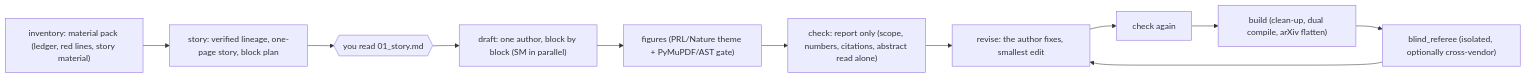
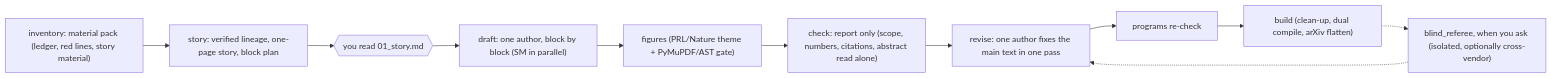
One commit to Misaka16384/liber changed the diagram in README.md. Above: the diagram before and after it, drawn with Mermaid. The commit also changed other lines of this file and 10 other files, not shown here.

````diff
--- a/README.md
+++ b/README.md
@@ -29,11 +29,11 @@
 ```mermaid
 flowchart LR
   S0["inventory: material pack (ledger, red lines, story material)"] --> S1["story: verified lineage, one-page story, block plan"]
   S1 --> P{{"you read 01_story.md"}}
   P --> S2["draft: one author, block by block (SM in parallel)"]
   S2 --> F["figures (PRL/Nature theme + PyMuPDF/AST gate)"]
   F --> C["check: report only (scope, numbers, citations, abstract read alone)"]
-  C --> R["revise: the author fixes, smallest edit"]
-  R --> C2["check again"] --> B["build (clean-up, dual compile, arXiv flatten)"]
-  B --> Ref["blind_referee (isolated, optionally cross-vendor)"] --> R
+  C --> R["revise: one author fixes the main text in one pass"]
+  R --> C2["programs re-check"] --> B["build (clean-up, dual compile, arXiv flatten)"]
+  B -.-> Ref["blind_referee, when you ask (isolated, optionally cross-vendor)"] -.-> R
 ```
````
